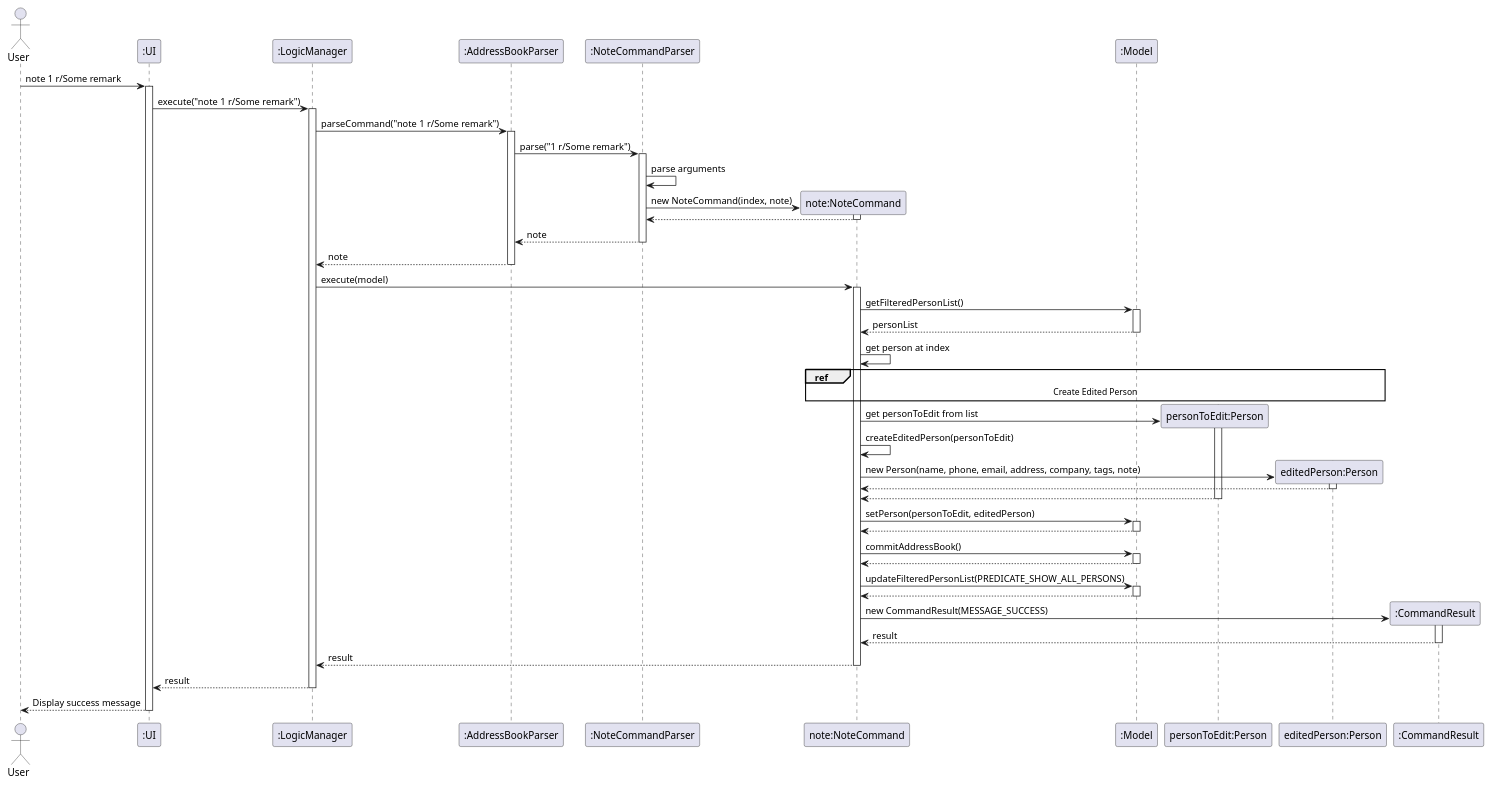
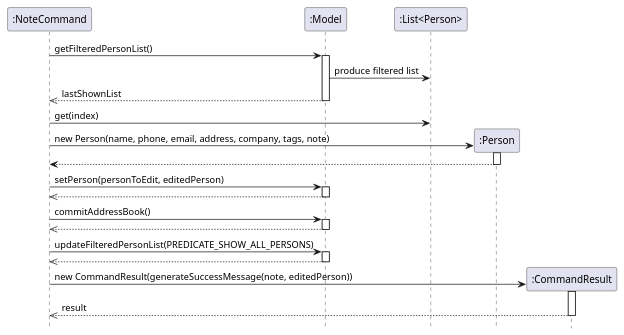
The diagram in docs/diagrams/add-remark/NoteCommandSequence.puml (tokitobashi1/tp), drawn with PlantUML before and after one commit.

Commit message:
Refactor NoteCommandSequence diagram for clarity

```diff
--- a/docs/diagrams/add-remark/NoteCommandSequence.puml
+++ b/docs/diagrams/add-remark/NoteCommandSequence.puml
@@ -1,98 +1,48 @@
-@startuml NoteSequenceDiagram
+@startuml NoteCommandInternalSequence
+hide footbox
+skinparam ArrowFontStyle plain
 
-!pragma teoz true
-
-actor User
-participant ":UI" as UI
-participant ":LogicManager" as LogicManager
-participant ":AddressBookParser" as AddressBookParser
-participant ":NoteCommandParser" as NoteCommandParser
-participant "note:NoteCommand" as NoteCommand
+participant ":NoteCommand" as NoteCommand
 participant ":Model" as Model
-participant "personToEdit:Person" as PersonToEdit
-participant "editedPerson:Person" as EditedPerson
-
-User -> UI : note 1 r/Some remark
-activate UI
-
-UI -> LogicManager : execute("note 1 r/Some remark")
-activate LogicManager
-
-LogicManager -> AddressBookParser : parseCommand("note 1 r/Some remark")
-activate AddressBookParser
-
-AddressBookParser -> NoteCommandParser : parse("1 r/Some remark")
-activate NoteCommandParser
-
-NoteCommandParser -> NoteCommandParser : parse arguments
-
-create NoteCommand
-NoteCommandParser -> NoteCommand : new NoteCommand(index, note)
-activate NoteCommand
-NoteCommand --> NoteCommandParser
-deactivate NoteCommand
-
-NoteCommandParser --> AddressBookParser : note
-deactivate NoteCommandParser
-
-AddressBookParser --> LogicManager : note
-deactivate AddressBookParser
-
-LogicManager -> NoteCommand : execute(model)
-activate NoteCommand
+participant ":List<Person>" as LastShownList
+participant ":Person" as EditedPerson
+participant ":CommandResult" as CommandResult
 
 NoteCommand -> Model : getFilteredPersonList()
 activate Model
-Model --> NoteCommand : personList
+Model -> LastShownList : produce filtered list
+Model -->> NoteCommand : lastShownList
 deactivate Model
 
-NoteCommand -> NoteCommand : get person at index
+NoteCommand -> LastShownList : get(index)
 
-ref over NoteCommand, PersonToEdit, EditedPerson : Create Edited Person
-
-create PersonToEdit
-NoteCommand -> PersonToEdit : get personToEdit from list
-activate PersonToEdit
-
-NoteCommand -> NoteCommand : createEditedPerson(personToEdit)
-
+' Ensure EditedPerson lifeline exists at top, then send constructor and activate immediately
 create EditedPerson
 NoteCommand -> EditedPerson : new Person(name, phone, email, address, company, tags, note)
 activate EditedPerson
-EditedPerson --> NoteCommand
+EditedPerson --> NoteCommand 
 deactivate EditedPerson
-
-PersonToEdit --> NoteCommand
-deactivate PersonToEdit
 
 NoteCommand -> Model : setPerson(personToEdit, editedPerson)
 activate Model
-Model --> NoteCommand
+Model -->> NoteCommand
 deactivate Model
 
 NoteCommand -> Model : commitAddressBook()
 activate Model
-Model --> NoteCommand
+Model -->> NoteCommand 
 deactivate Model
 
 NoteCommand -> Model : updateFilteredPersonList(PREDICATE_SHOW_ALL_PERSONS)
 activate Model
-Model --> NoteCommand
+Model -->> NoteCommand 
 deactivate Model
 
-create ":CommandResult" as CommandResult
-NoteCommand -> CommandResult : new CommandResult(MESSAGE_SUCCESS)
+' CommandResult: create first to reserve top placement, then constructor and activation attached to class box
+create CommandResult
+NoteCommand -> CommandResult : new CommandResult(generateSuccessMessage(note, editedPerson))
 activate CommandResult
-CommandResult --> NoteCommand : result
+CommandResult -->> NoteCommand : result
 deactivate CommandResult
 
-NoteCommand --> LogicManager : result
-deactivate NoteCommand
-
-LogicManager --> UI : result
-deactivate LogicManager
-
-UI --> User : Display success message
-deactivate UI
-
 @enduml
```
